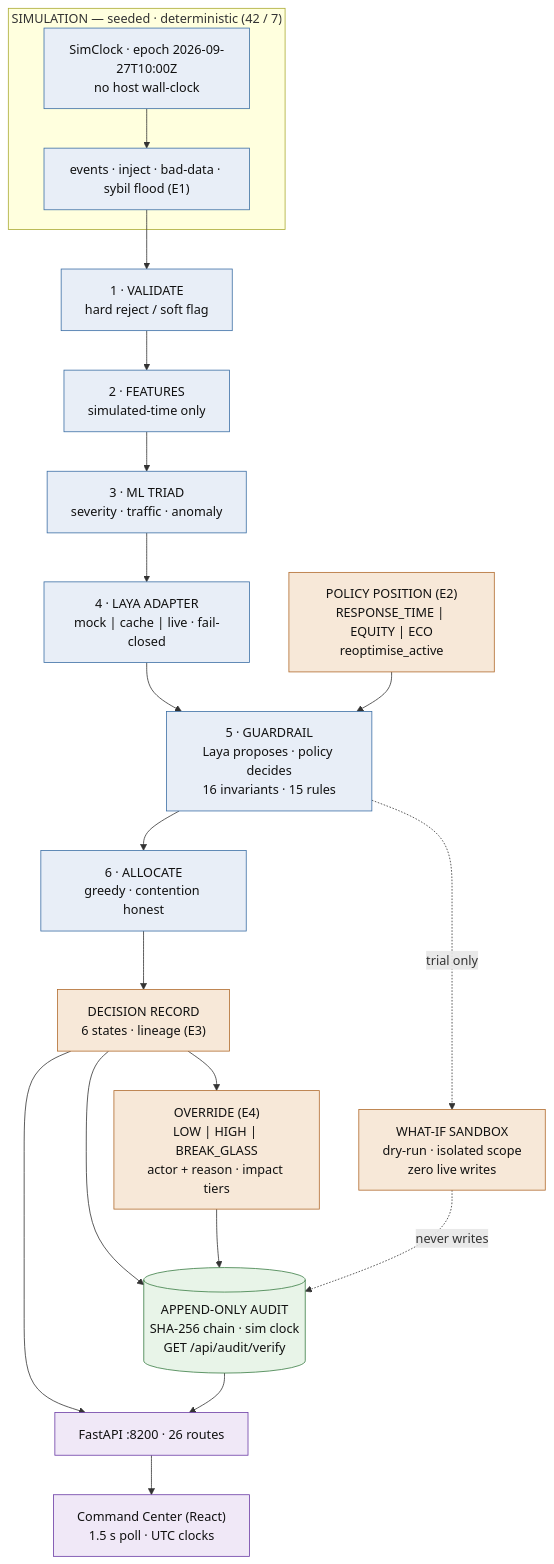
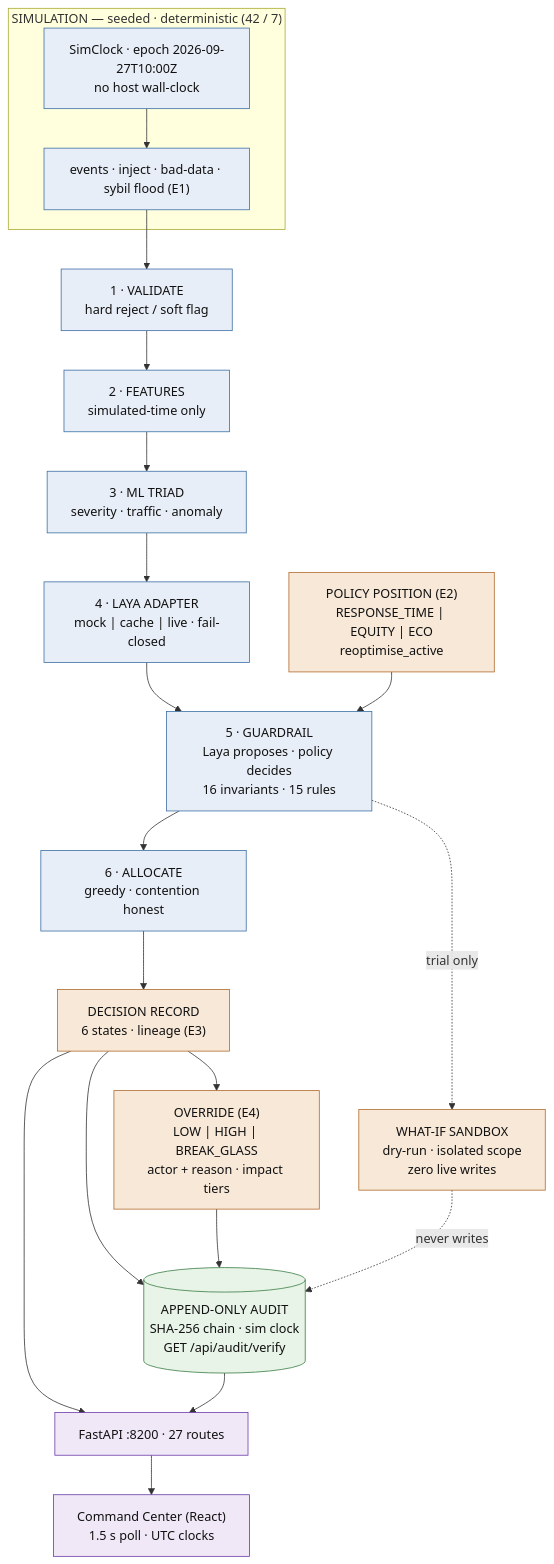
Before and after one commit to Ayyankhan101/Autonomous-Decision-Intelligence-Platform-ADIP-: the first of 4 diagrams in README.md, drawn with Mermaid. The commit also changed other lines of this file and 1 other file, not shown here.

````diff
--- a/README.md
+++ b/README.md
@@ -55,40 +56,40 @@
 ```mermaid
 flowchart TD
     subgraph SIM["SIMULATION — seeded · deterministic (42 / 7)"]
         CLOCK["SimClock · epoch 2026-09-27T10:00Z\nno host wall-clock"]:::stage
         EVT["events · inject · bad-data · sybil flood (E1)"]:::stage
         CLOCK --> EVT
     end
 
     VAL["1 · VALIDATE\nhard reject / soft flag"]:::stage
     FEAT["2 · FEATURES\nsimulated-time only"]:::stage
     ML["3 · ML TRIAD\nseverity · traffic · anomaly"]:::stage
     LAYA["4 · LAYA ADAPTER\nmock | cache | live · fail-closed"]:::stage
     GUARD["5 · GUARDRAIL\nLaya proposes · policy decides\n16 invariants · 15 rules"]:::stage
     ALLOC["6 · ALLOCATE\ngreedy · contention honest"]:::stage
     DEC["DECISION RECORD\n6 states · lineage (E3)"]:::decision
     AUDIT[("APPEND-ONLY AUDIT\nSHA-256 chain · sim clock\nGET /api/audit/verify")]:::store
 
     POL["POLICY POSITION (E2)\nRESPONSE_TIME | EQUITY | ECO\nreoptimise_active"]:::decision
     OVR["OVERRIDE (E4)\nLOW | HIGH | BREAK_GLASS\nactor + reason · impact tiers"]:::decision
     WIF["WHAT-IF SANDBOX\ndry-run · isolated scope\nzero live writes"]:::decision
 
-    API["FastAPI :8200 · 26 routes"]:::infra
+    API["FastAPI :8200 · 27 routes"]:::infra
     DASH["Command Center (React)\n1.5 s poll · UTC clocks"]:::infra
 
     EVT --> VAL --> FEAT --> ML --> LAYA --> GUARD --> ALLOC --> DEC
     DEC --> AUDIT
     DEC --> OVR
     OVR --> AUDIT
     POL --> GUARD
     GUARD -.->|"trial only"| WIF
     WIF -.->|"never writes"| AUDIT
     DEC --> API
     AUDIT --> API
     API --> DASH
 
     classDef stage fill:#e8eef7,stroke:#3b6ea5,color:#111
     classDef decision fill:#f7e8d8,stroke:#b06a2c,color:#111
     classDef store fill:#e8f4e8,stroke:#3a7d44,color:#111
     classDef infra fill:#f0e8f7,stroke:#6a3ba5,color:#111
 ```
````
